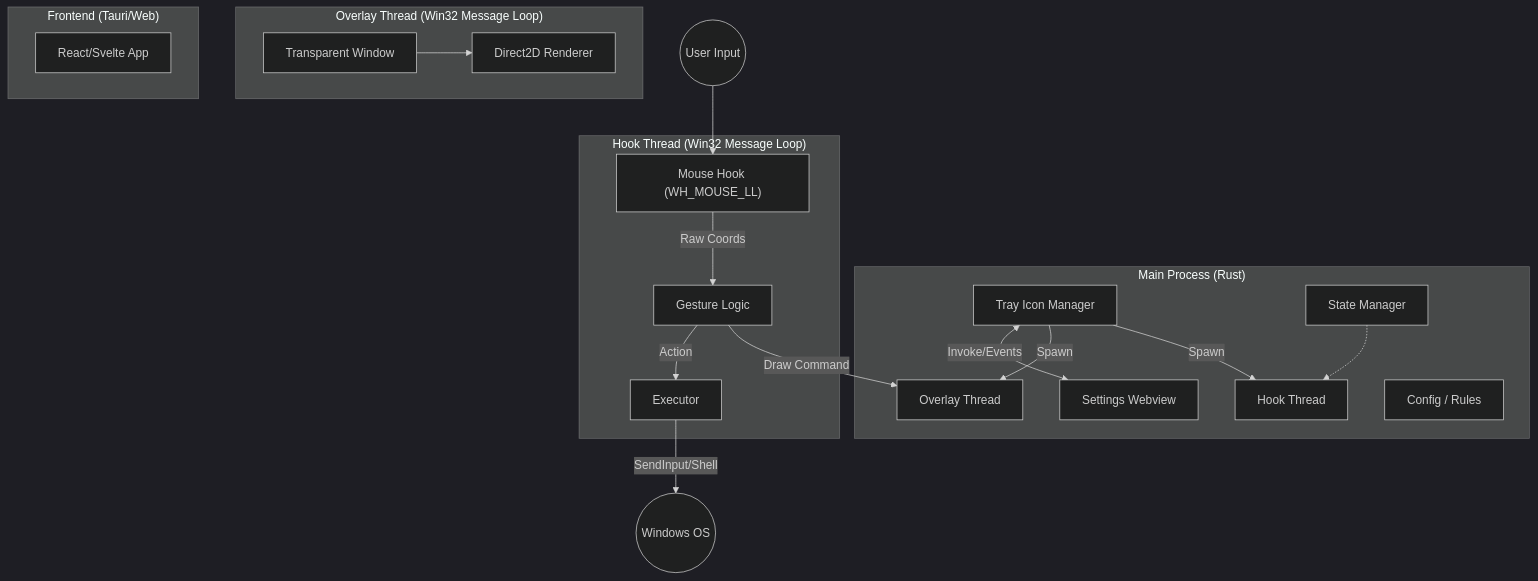
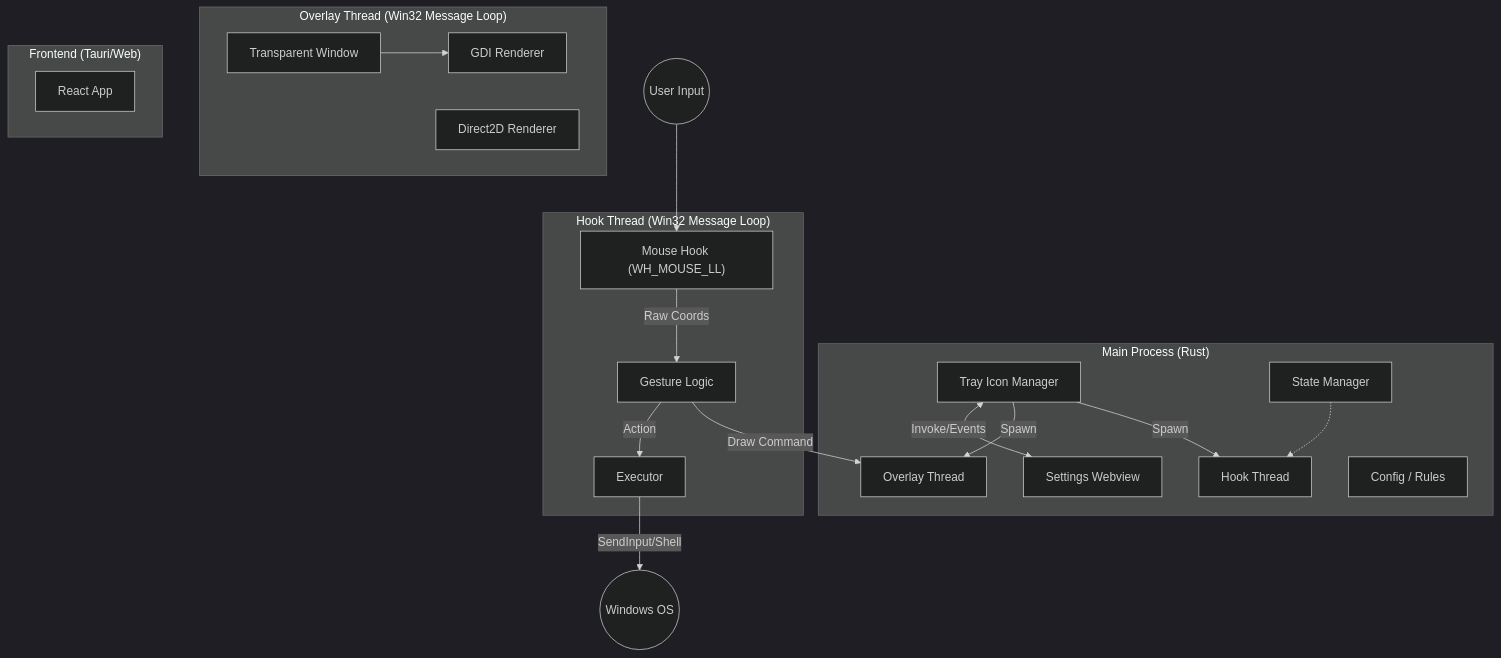
One commit to r4ai/zero-gesture changed the diagram in docs/architecture.md. Above: the diagram before and after it, drawn with Mermaid (dark theme). The commit also changed other lines of this file, not shown here.

First line of the commit message:
docs: sync architecture.md with actual implementation

````diff
--- a/docs/architecture.md
+++ b/docs/architecture.md
@@ -18,35 +18,35 @@
 ```mermaid
 graph TD
     subgraph "Main Process (Rust)"
         T[Tray Icon Manager] -->|Spawn| H[Hook Thread]
         T -->|Spawn| O[Overlay Thread]
         T <-->|Invoke/Events| W[Settings Webview]
 
         SM[State Manager]
         note1[Config / Rules]
         SM -.-> H
     end
 
     subgraph "Hook Thread (Win32 Message Loop)"
         HM["Mouse Hook (WH_MOUSE_LL)"]
         GL[Gesture Logic]
 
         HM -->|Raw Coords| GL
         GL -->|Draw Command| O
         GL -->|Action| EX[Executor]
     end
 
     subgraph "Overlay Thread (Win32 Message Loop)"
         WIN[Transparent Window]
         D2D[Direct2D Renderer]
 
-        WIN --> D2D
+        WIN --> GDI[GDI Renderer]
     end
 
     subgraph "Frontend (Tauri/Web)"
-        UI[React/Svelte App]
+        UI[React App]
     end
 
     User((User Input)) --> HM
     EX -->|SendInput/Shell| OS((Windows OS))
 ```
````
